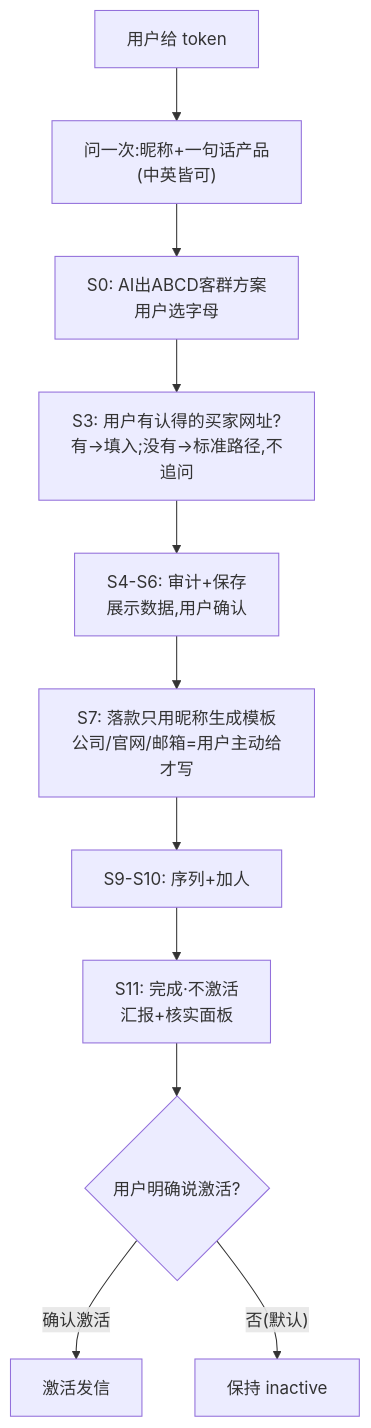
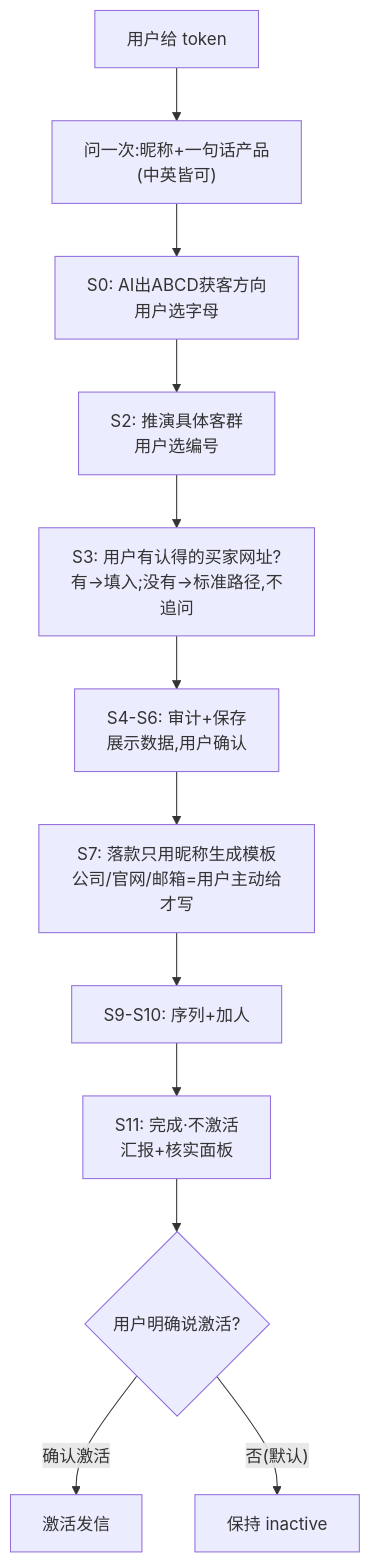
Before and after one commit to tony-apan/laifaxin-b2b-sales: the diagram in SKILL.md, drawn with Mermaid. The commit also changed other lines of this file and 14 other files, not shown here.

Commit message:
v0.2.12: 模板终审整改——3×P1(S5标签行/S7占位符/图跳S2)+P2批(S4/S8话术/Q1-Q5要点/索引/人话化);16文件全带执行要点

````diff
--- a/SKILL.md
+++ b/SKILL.md
@@ -23,13 +23,14 @@
 ```mermaid
 flowchart TD
     T["用户给 token"] --> N["问一次:昵称+一句话产品<br/>(中英皆可)"]
-    N --> S0["S0: AI出ABCD客群方案<br/>用户选字母"]
-    S0 --> S3["S3: 用户有认得的买家网址?<br/>有→填入;没有→标准路径,不追问"]
+    N --> S0["S0: AI出ABCD获客方向<br/>用户选字母"]
+    S0 --> S2["S2: 推演具体客群<br/>用户选编号"]
+    S2 --> S3["S3: 用户有认得的买家网址?<br/>有→填入;没有→标准路径,不追问"]
     S3 --> S4["S4-S6: 审计+保存<br/>展示数据,用户确认"]
     S4 --> S7["S7: 落款只用昵称生成模板<br/>公司/官网/邮箱=用户主动给才写"]
     S7 --> S9["S9-S10: 序列+加人"]
     S9 --> S11["S11: 完成·不激活<br/>汇报+核实面板"]
     S11 --> S12{"用户明确说激活?"}
     S12 -- "确认激活" --> ACT["激活发信"]
     S12 -- "否(默认)" --> WAIT["保持 inactive"]
 ```
````
